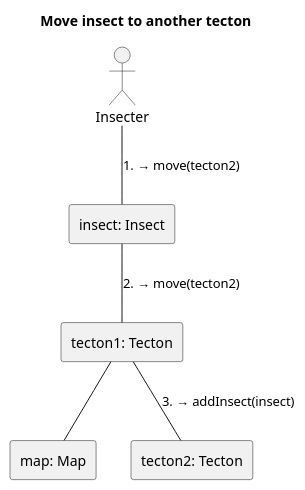
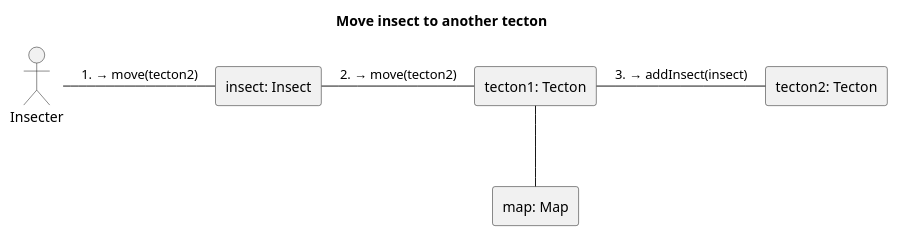
One commit to Petya-G/fungorium changed the diagram in 5/communication_diagrams/insecter/move.puml. Above: the diagram before and after it, drawn with PlantUML. The commit also changed 2 other files, not shown here.

```diff
--- a/5/communication_diagrams/insecter/move.puml
+++ b/5/communication_diagrams/insecter/move.puml
@@ -2,15 +2,15 @@
 @startuml Move insect 
 title Move insect to another tecton
 skinparam linestyle ortho
 actor Insecter as 0
 rectangle "map: Map" as 1
 rectangle "tecton1: Tecton" as 2.1
 rectangle "tecton2: Tecton" as 2.2
 rectangle "insect: Insect" as 3
 
-0 -- 3 :  1. → move(tecton2)
-3 -- 2.1:  2. → move(tecton2)
-2.1 -- 2.2:  3. → addInsect(insect)
+0 -right- 3 :  1. → move(tecton2)
+3 -right- 2.1:  2. → move(tecton2)
+2.1 -right- 2.2:  3. → addInsect(insect)
 2.1 -- 1
 
 @enduml
```
